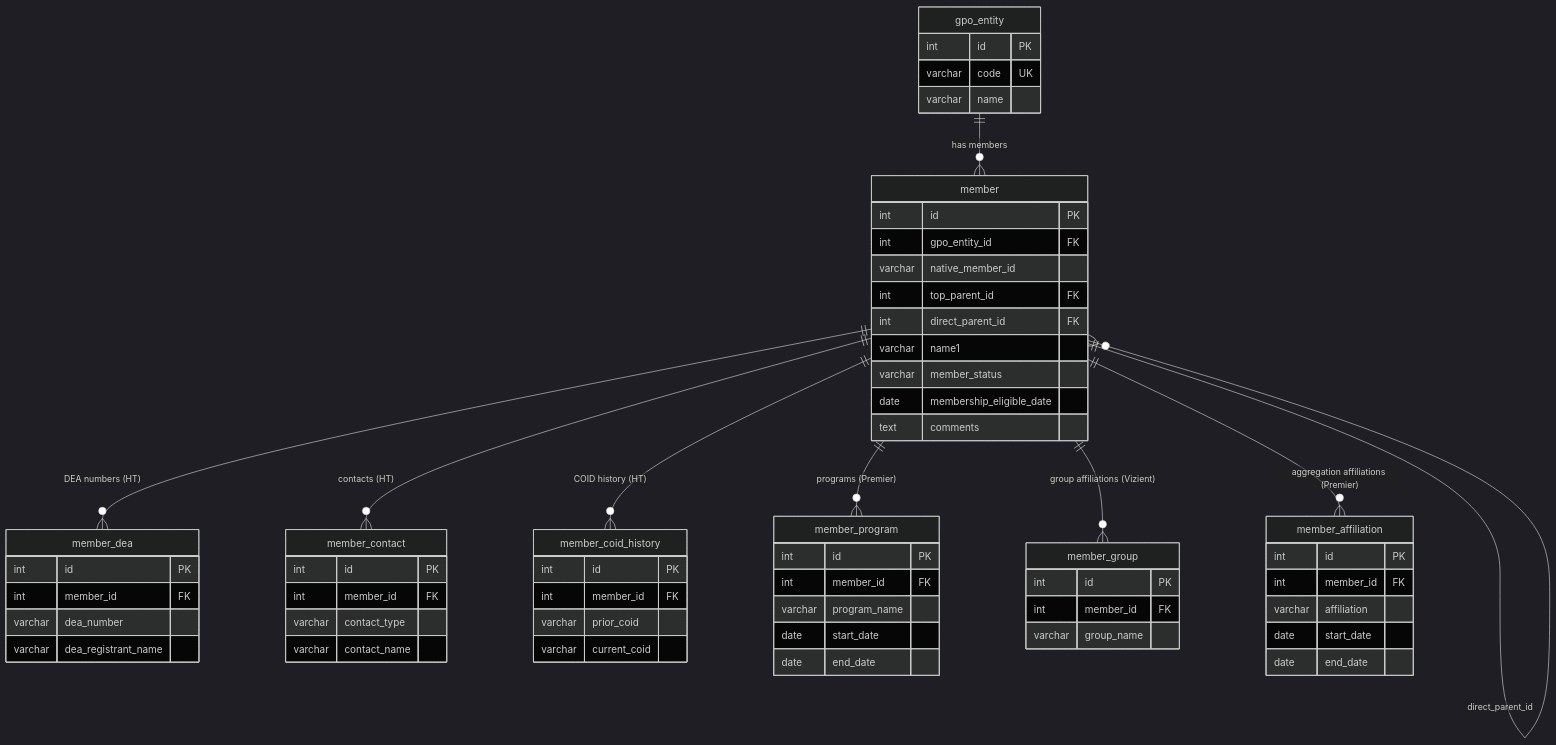
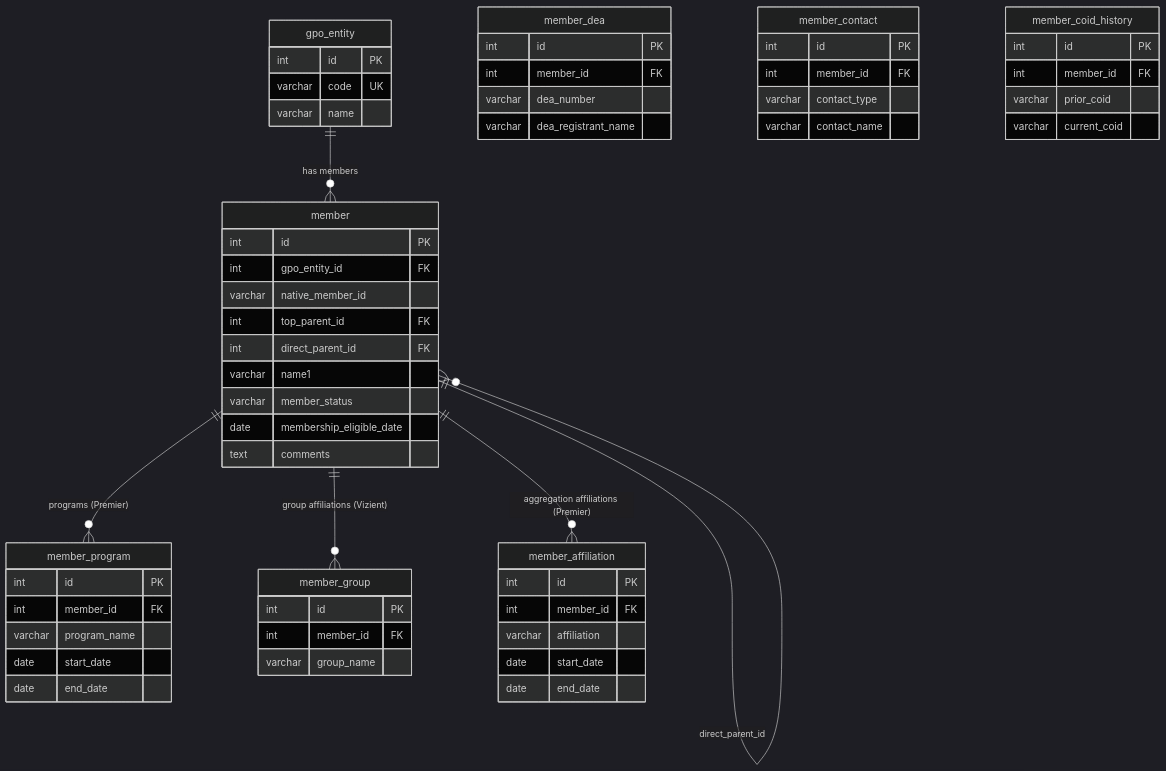
Before and after one commit to Slawal01/Slawal01: the diagram in GPO_Data_Model_Documentation.md, drawn with Mermaid (dark theme). The commit also changed other lines of this file and 2 other files, not shown here.

First line of the commit message:
Remove member_dea, member_contact, member_coid_history tables

````diff
--- a/GPO_Data_Model_Documentation.md
+++ b/GPO_Data_Model_Documentation.md
@@ -313,66 +261,63 @@
 ```mermaid
 erDiagram
     gpo_entity {
         int id PK
         varchar code UK
         varchar name
     }
     member {
         int id PK
         int gpo_entity_id FK
         varchar native_member_id
         int top_parent_id FK
         int direct_parent_id FK
         varchar name1
         varchar member_status
         date membership_eligible_date
         text comments
     }
     member_dea {
         int id PK
         int member_id FK
         varchar dea_number
         varchar dea_registrant_name
     }
     member_contact {
         int id PK
         int member_id FK
         varchar contact_type
         varchar contact_name
     }
     member_coid_history {
         int id PK
         int member_id FK
         varchar prior_coid
         varchar current_coid
     }
     member_program {
         int id PK
         int member_id FK
         varchar program_name
         date start_date
         date end_date
     }
     member_group {
         int id PK
         int member_id FK
         varchar group_name
     }
     member_affiliation {
         int id PK
         int member_id FK
         varchar affiliation
         date start_date
         date end_date
     }
 
     gpo_entity ||--o{ member : "has members"
     member ||--o{ member : "top_parent_id"
     member ||--o{ member : "direct_parent_id"
-    member ||--o{ member_dea          : "DEA numbers (HT)"
-    member ||--o{ member_contact      : "contacts (HT)"
-    member ||--o{ member_coid_history : "COID history (HT)"
     member ||--o{ member_program      : "programs (Premier)"
     member ||--o{ member_group        : "group affiliations (Vizient)"
     member ||--o{ member_affiliation  : "aggregation affiliations (Premier)"
 ```
````
